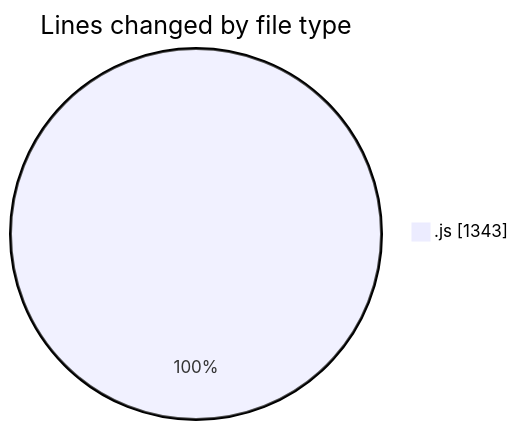
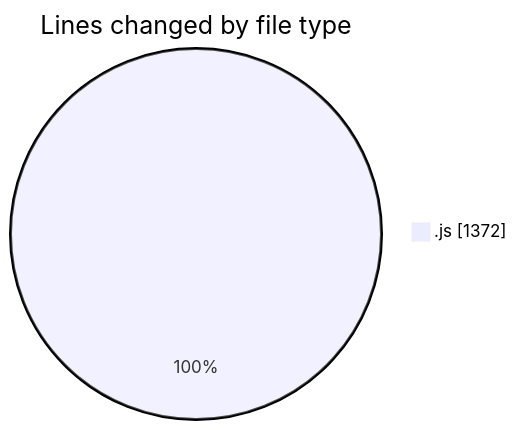
One commit to momahboobian/code-tracking changed the first of 2 diagrams in 2026-02-04/cda/README.md. Above: the diagram before and after it, drawn with Mermaid. The commit also changed other lines of this file and 1 other file, not shown here.

````diff
--- a/2026-02-04/cda/README.md
+++ b/2026-02-04/cda/README.md
@@ -20,5 +20,5 @@
 ```mermaid
 pie showData
 title Lines changed by file type
-".js" : 1343
+".js" : 1372
 ```
````
